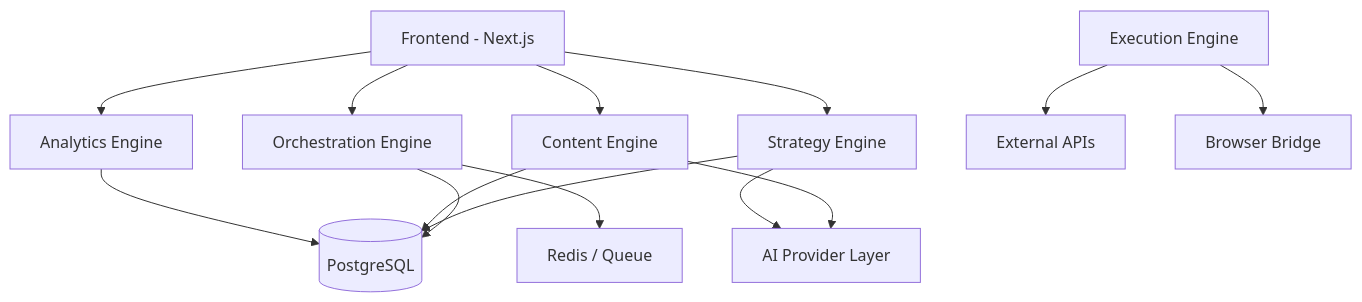
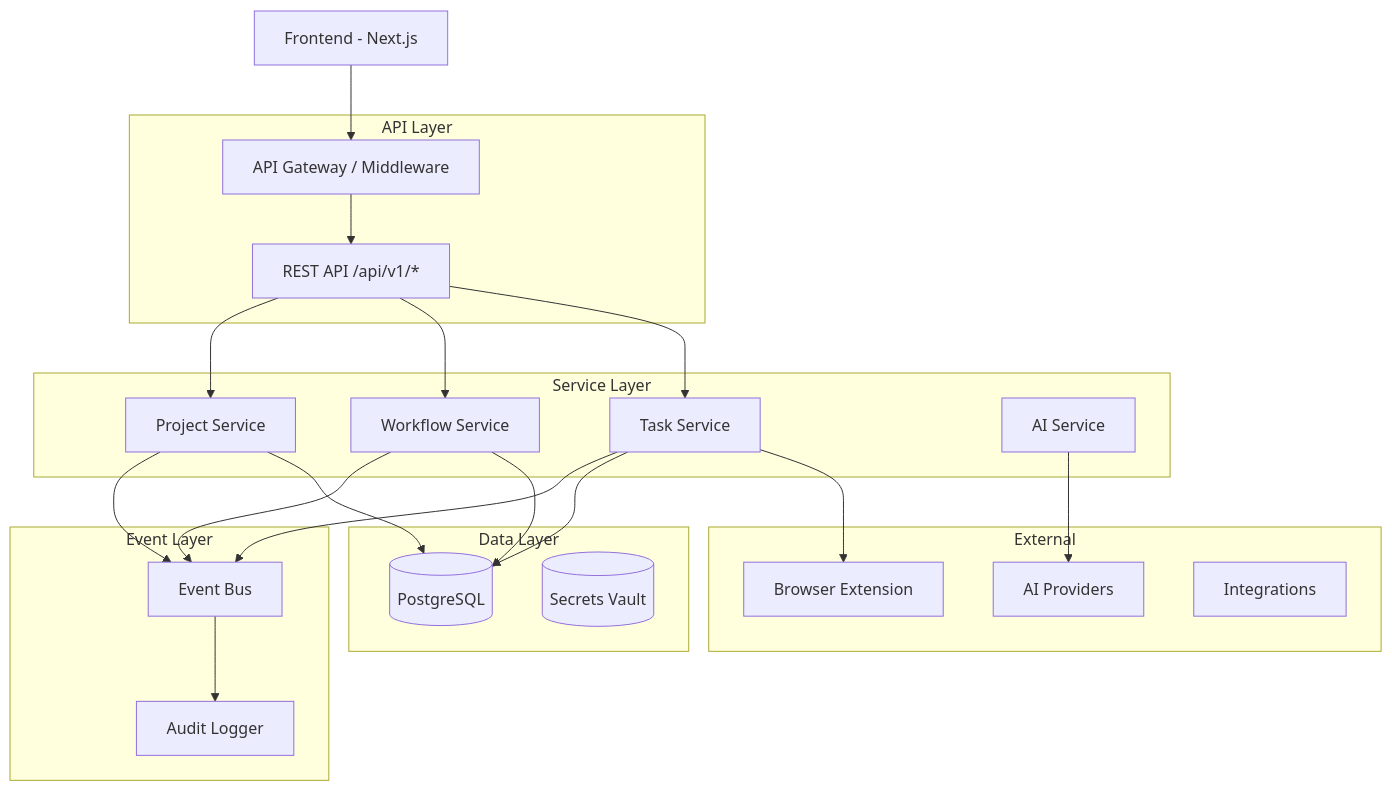
One commit to amaco/LaunchGrid changed the diagram in docs/architecture.md. Above: the diagram before and after it, drawn with Mermaid. The commit also changed other lines of this file, not shown here.

First line of the commit message:
docs: Update architecture.md to reflect new implementation

````diff
--- a/docs/architecture.md
+++ b/docs/architecture.md
@@ -32,31 +41,51 @@
 ```mermaid
 graph TD
     FE[Frontend - Next.js]
-
-    SE[Strategy Engine]
-    OE[Orchestration Engine]
-    CE[Content Engine]
-    XE[Execution Engine]
-    AE[Analytics Engine]
-
-    DB[(PostgreSQL)]
-    Q[Redis / Queue]
-    AI[AI Provider Layer]
-
-    FE --> SE
-    FE --> OE
-    FE --> CE
-    FE --> AE
-
-    SE --> DB
-    OE --> DB
-    CE --> DB
-    AE --> DB
-
-    OE --> Q
-    CE --> AI
-    SE --> AI
-
-    XE --> External[External APIs]
-    XE --> Browser[Browser Bridge]
+    
+    subgraph "API Layer"
+        AG[API Gateway / Middleware]
+        V1[REST API /api/v1/*]
+    end
+    
+    subgraph "Service Layer"
+        PS[Project Service]
+        WS[Workflow Service]
+        TS[Task Service]
+        AS[AI Service]
+    end
+    
+    subgraph "Event Layer"
+        EB[Event Bus]
+        AL[Audit Logger]
+    end
+    
+    subgraph "Data Layer"
+        DB[(PostgreSQL)]
+        SEC[(Secrets Vault)]
+    end
+    
+    subgraph "External"
+        AI[AI Providers]
+        EXT[Browser Extension]
+        INT[Integrations]
+    end
+    
+    FE --> AG
+    AG --> V1
+    V1 --> PS
+    V1 --> WS
+    V1 --> TS
+    
+    PS --> EB
+    WS --> EB
+    TS --> EB
+    
+    EB --> AL
+    
+    PS --> DB
+    WS --> DB
+    TS --> DB
+    
+    AS --> AI
+    TS --> EXT
 ```
````
